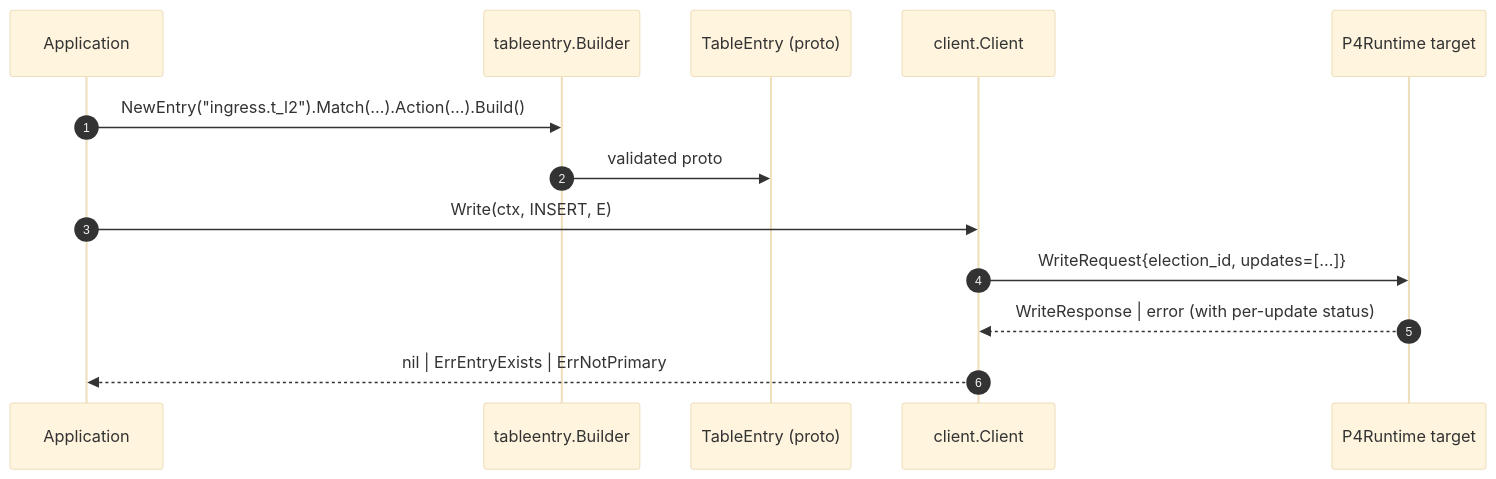
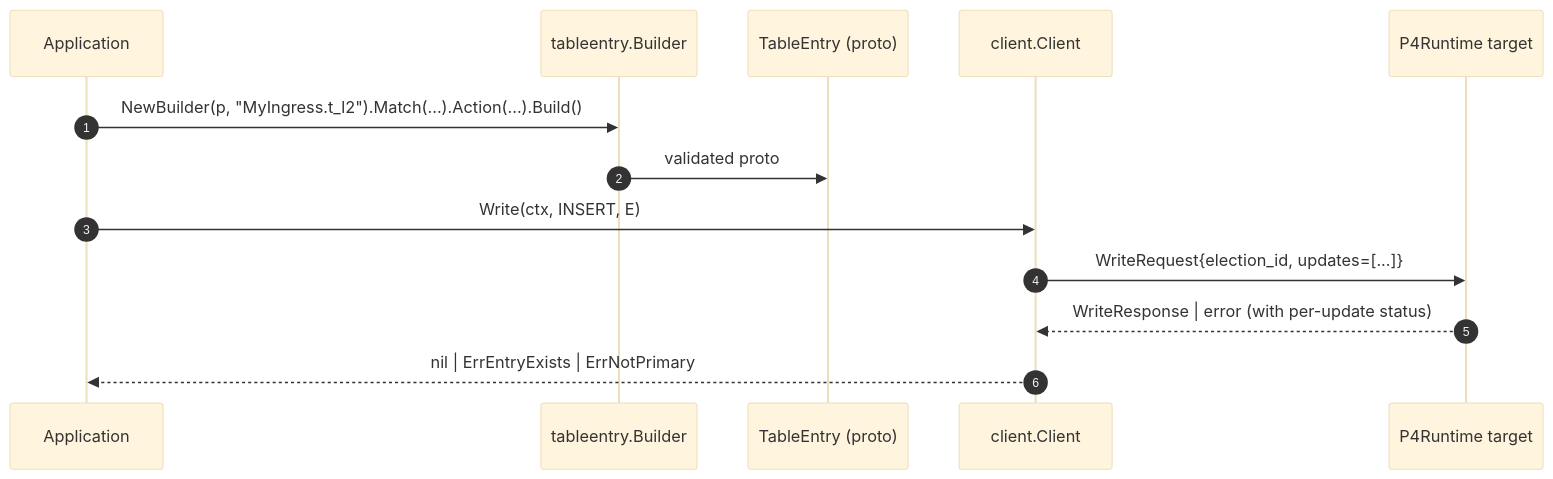
One commit to zhh2001/p4runtime-go-controller changed the fourth of 5 diagrams in ARCHITECTURE.md. Above: the diagram before and after it, drawn with Mermaid (base theme). The commit also changed 18 other files, not shown here.

````diff
--- a/ARCHITECTURE.md
+++ b/ARCHITECTURE.md
@@ -75,16 +75,16 @@
 ```mermaid
 sequenceDiagram
     autonumber
     participant App as Application
     participant B as tableentry.Builder
     participant E as TableEntry (proto)
     participant C as client.Client
     participant T as P4Runtime target
 
-    App->>B: NewEntry("ingress.t_l2").Match(...).Action(...).Build()
+    App->>B: NewBuilder(p, "MyIngress.t_l2").Match(...).Action(...).Build()
     B->>E: validated proto
     App->>C: Write(ctx, INSERT, E)
     C->>T: WriteRequest{election_id, updates=[...]}
     T-->>C: WriteResponse | error (with per-update status)
     C-->>App: nil | ErrEntryExists | ErrNotPrimary
 ```
````
